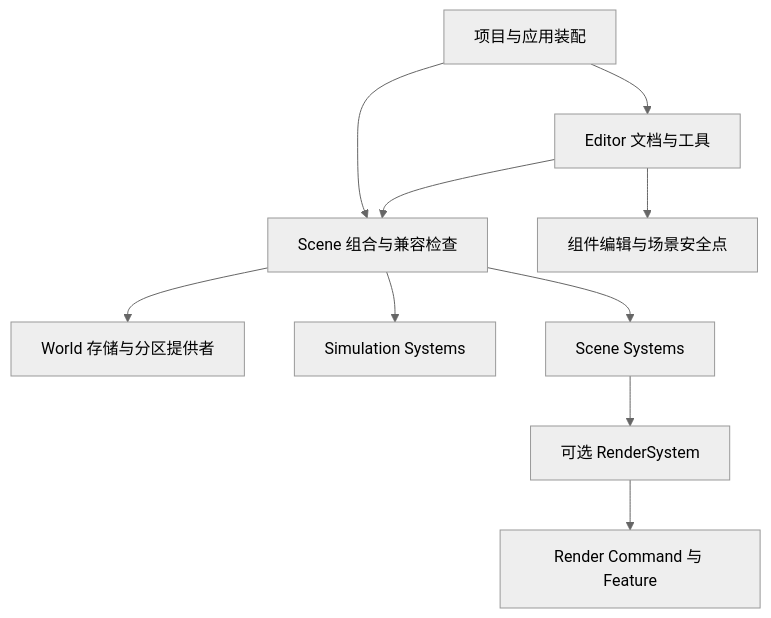
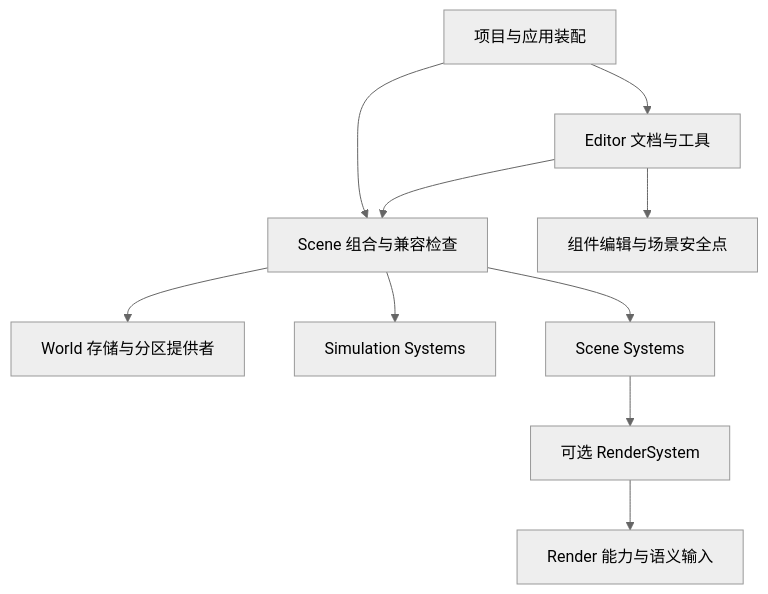
The diagram in docs/scene-editor-architecture.md (LUX-YU/lux-engine), drawn with Mermaid (neutral theme) before and after one commit. The commit also changed other lines of this file and 41 other files, not shown here.

````diff
--- a/docs/scene-editor-architecture.md
+++ b/docs/scene-editor-architecture.md
@@ -37,12 +37,12 @@
 ```mermaid
 flowchart TD
     Product[项目与应用装配] --> Composition[Scene 组合与兼容检查]
     Composition --> World[World 存储与分区提供者]
     Composition --> Simulation[Simulation Systems]
     Composition --> Scene[Scene Systems]
     Scene --> Projection[可选 RenderSystem]
-    Projection --> Render[Render Command 与 Feature]
+    Projection --> Render[Render 能力与语义输入]
     Product --> Tools[Editor 文档与工具]
     Tools --> Composition
     Tools --> Edit[组件编辑与场景安全点]
 ```
````
